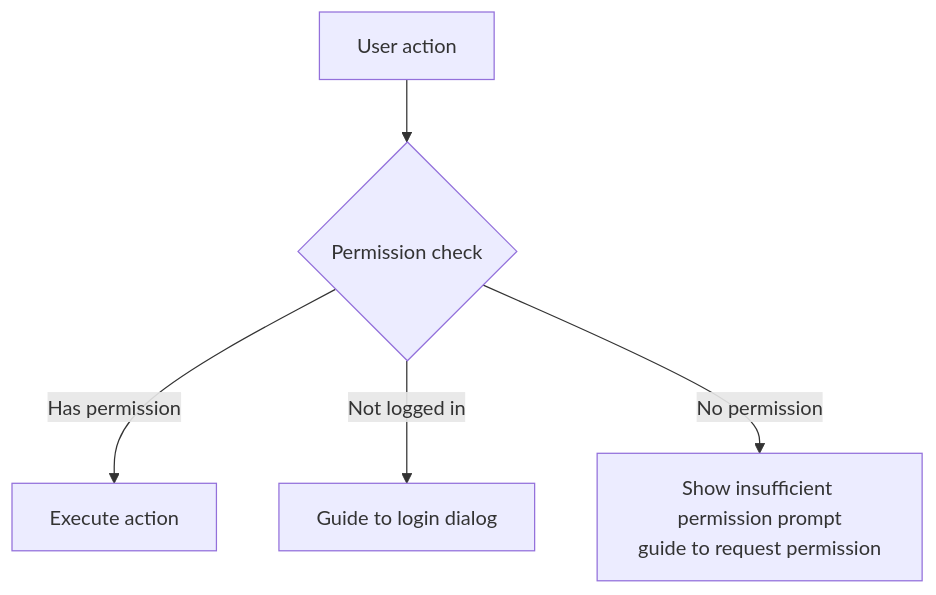
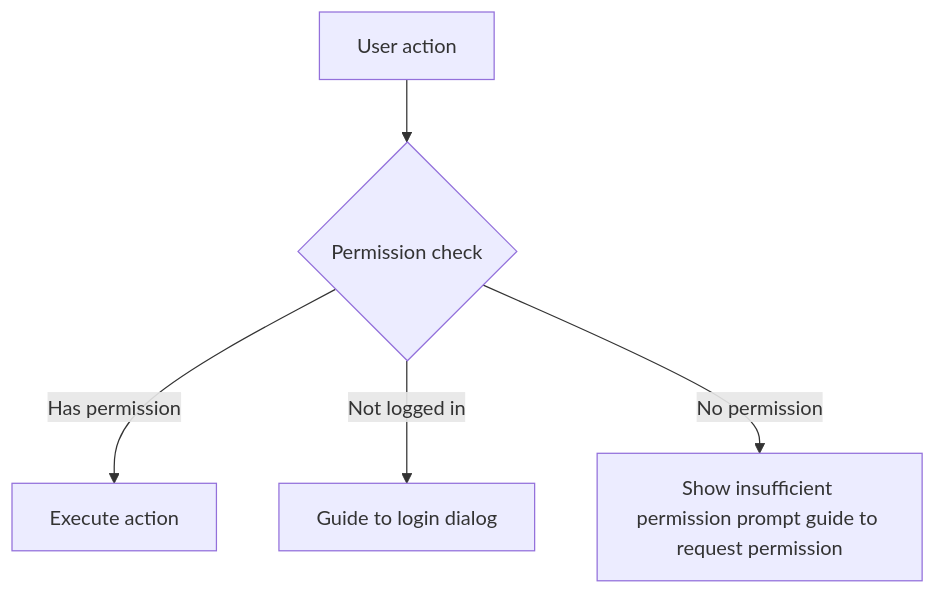
One commit to sacrtap/Opc_Kit changed the third of 6 diagrams in create-prd/references/mermaid-rules.md. Above: the diagram before and after it, drawn with Mermaid. The commit also changed other lines of this file and 4 other files, not shown here.

First line of the commit message:
feat(create-prd): mermaid cross-engine compatibility, scoring weight fix, mandatory re-scoring

````diff
--- a/create-prd/references/mermaid-rules.md
+++ b/create-prd/references/mermaid-rules.md
@@ -118,7 +119,7 @@
 ```mermaid
 flowchart TD
     A[User action] --> B{Permission check}
     B -->|Has permission| C[Execute action]
     B -->|Not logged in| D[Guide to login dialog]
-    B -->|No permission| E[Show insufficient permission prompt<br/>guide to request permission]
+    B -->|No permission| E[Show insufficient permission prompt guide to request permission]
 ```
````
